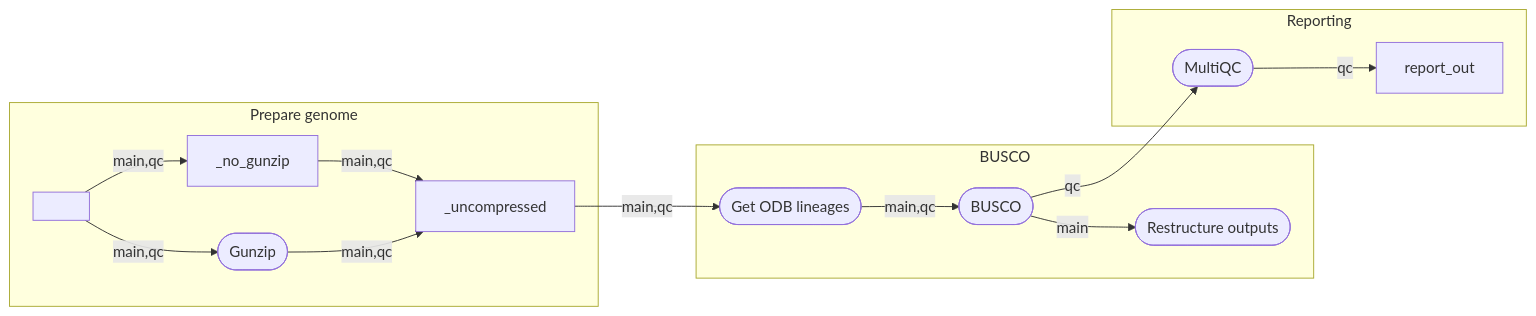
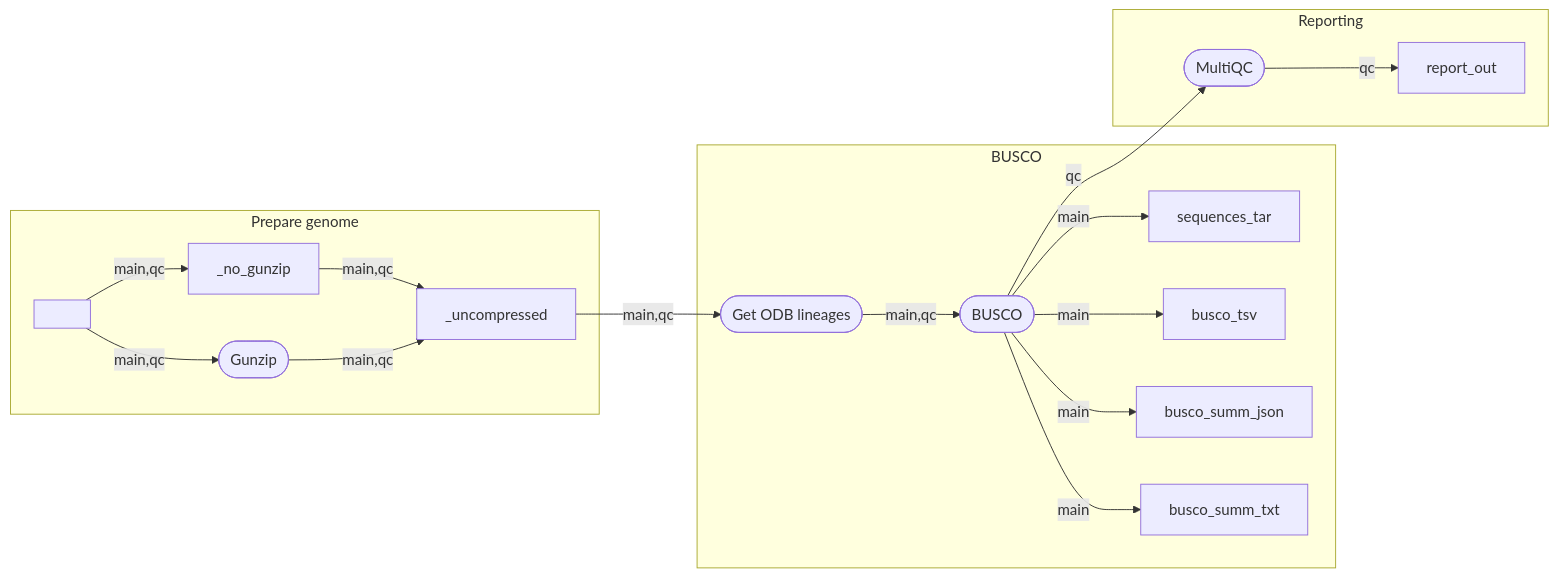
Before and after one commit to sanger-tol/busco: the diagram in docs/images/sanger-tol-busco_metro_map.mmd, drawn with Mermaid. The commit also changed 5 other files, not shown here.

Commit message:
Updated the diagram

```diff
--- a/docs/images/sanger-tol-busco_metro_map.mmd
+++ b/docs/images/sanger-tol-busco_metro_map.mmd
@@ -1,39 +1,44 @@
 %%metro title: BUSCO pipeline
 %%metro style: dark
-%%metro line_order: span
 %%metro line: main | BUSCO| #2db572
-%%metro line: qc | Quality control | #0570b0
+%%metro line: qc | Stats aggregation | #0570b0
 %%metro file: input| Fasta
 %%metro file: report_out | HTML
+%%metro files: sequences_tar | Fasta (TAR)
+%%metro files: busco_tsv | TSV
+%%metro file: busco_summ_json | JSON
+%%metro file: busco_summ_txt | TXT
 
 graph LR
     subgraph params_check [Prepare genome]
 
         input[ ]
         gunzip([Gunzip])
         _no_gunzip
         _uncompressed
 
         input -->|main,qc| _no_gunzip
         _no_gunzip -->|main,qc| _uncompressed
         input -->|main,qc| gunzip
         gunzip -->|main,qc| _uncompressed
     end
 
     subgraph busco [BUSCO]
         get_odb([Get ODB lineages])
         busco_busco([BUSCO])
-        restructurebuscodir([Restructure outputs])
 
         get_odb -->|main,qc| busco_busco
-        busco_busco -->|main| restructurebuscodir
+        busco_busco -->|main| sequences_tar
+        busco_busco -->|main| busco_tsv
+        busco_busco -->|main| busco_summ_json
+        busco_busco -->|main| busco_summ_txt
     end
 
     subgraph reporting [Reporting]
         multiqc([MultiQC])
         multiqc -->|qc| report_out
     end
 
     %% Inter-section edges
     _uncompressed -->|main,qc| get_odb
     busco_busco -->|qc| multiqc
```
